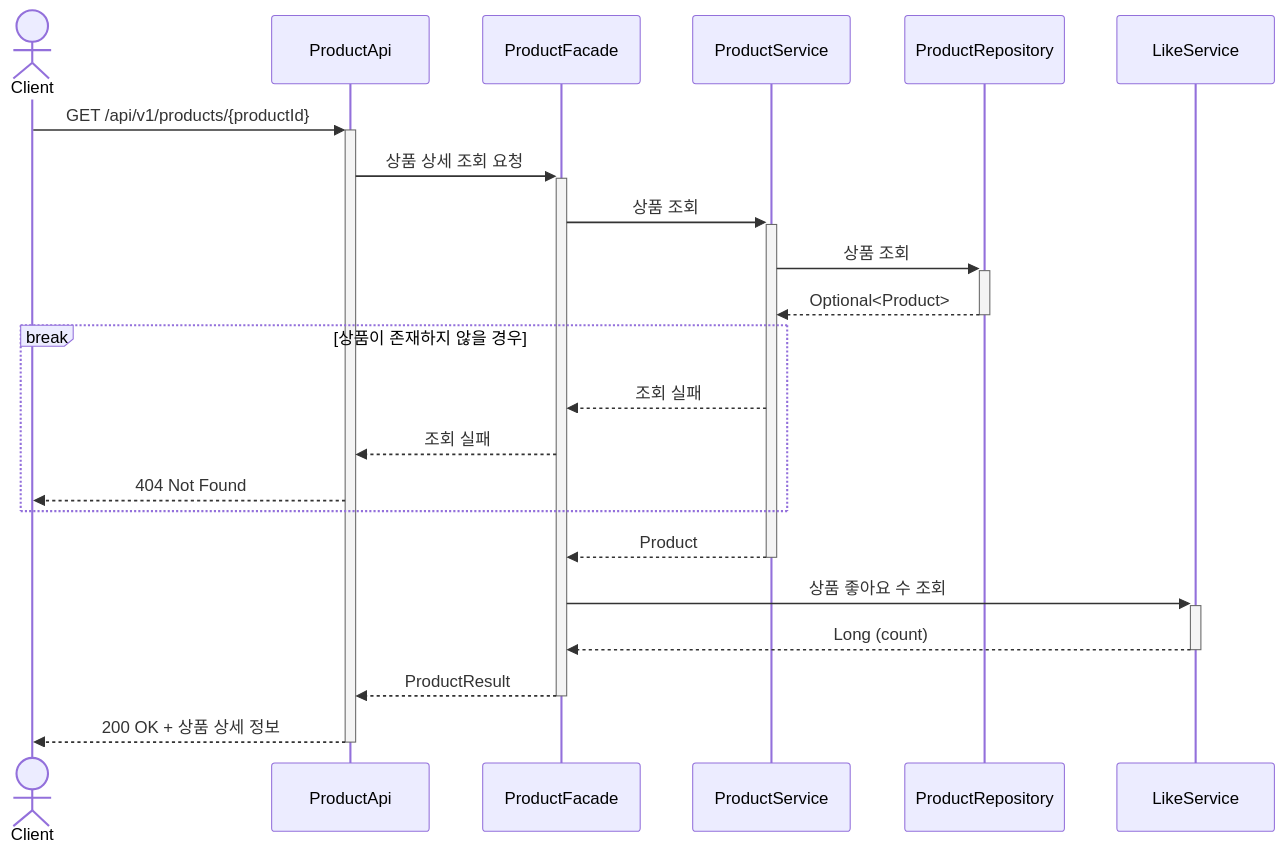
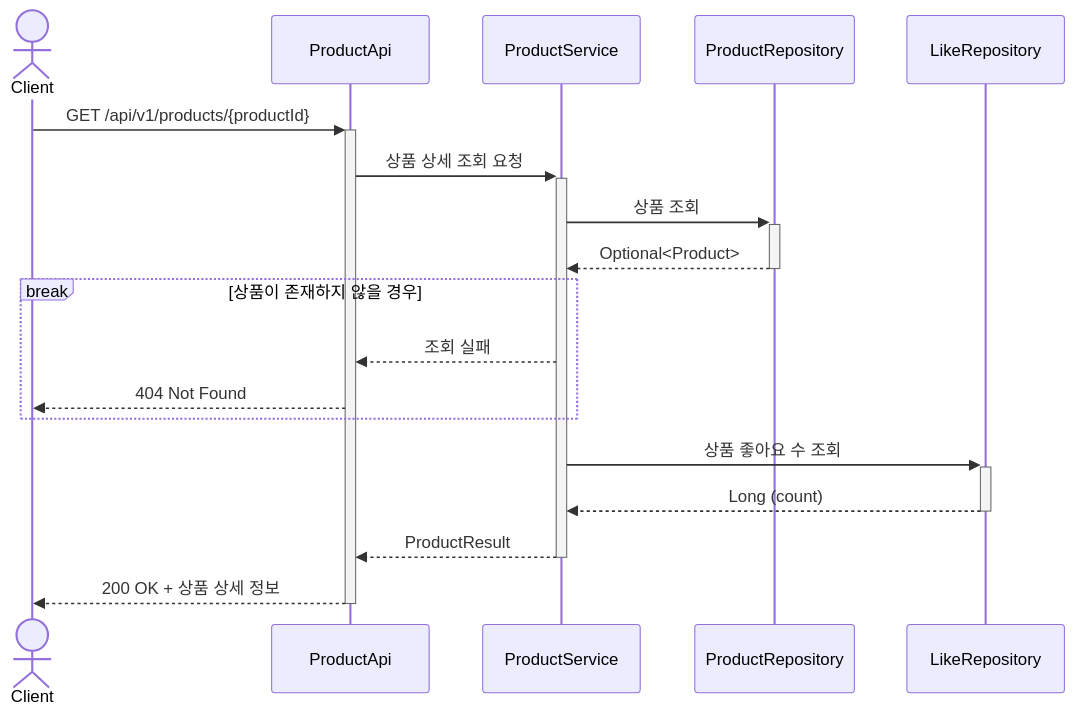
One commit to Loopers-dev-lab/loop-pack-be-l2-vol3-java changed diagram 15 of 23 in .docs/design/02-sequence-diagrams.md. Above: the diagram before and after it, drawn with Mermaid. The commit also changed other lines of this file, not shown here.

First line of the commit message:
docs: 시퀀스 다이어그램에서 Facade 제거 및 Service 직접 호출 구조로 수정

````diff
--- a/.docs/design/02-sequence-diagrams.md
+++ b/.docs/design/02-sequence-diagrams.md
@@ -529,29 +500,25 @@
 ```mermaid
 sequenceDiagram
     actor Client
     participant ProductApi
-    participant ProductFacade
     participant ProductService
     participant ProductRepository
-    participant LikeService
+    participant LikeRepository
 
     Client ->>+ ProductApi: GET /api/v1/products/{productId}
-    ProductApi ->>+ ProductFacade: 상품 상세 조회 요청
-    ProductFacade ->>+ ProductService: 상품 조회
+    ProductApi ->>+ ProductService: 상품 상세 조회 요청
+
     ProductService ->>+ ProductRepository: 상품 조회
     ProductRepository -->>- ProductService: Optional<Product>
 
     break 상품이 존재하지 않을 경우
-        ProductService -->> ProductFacade: 조회 실패
-        ProductFacade -->> ProductApi: 조회 실패
+        ProductService -->> ProductApi: 조회 실패
         ProductApi -->> Client: 404 Not Found
     end
 
-    ProductService -->>- ProductFacade: Product
+    ProductService ->>+ LikeRepository: 상품 좋아요 수 조회
+    LikeRepository -->>- ProductService: Long (count)
 
-    ProductFacade ->>+ LikeService: 상품 좋아요 수 조회
-    LikeService -->>- ProductFacade: Long (count)
-
-    ProductFacade -->>- ProductApi: ProductResult
+    ProductService -->>- ProductApi: ProductResult
     ProductApi -->>- Client: 200 OK + 상품 상세 정보
 ```
````
